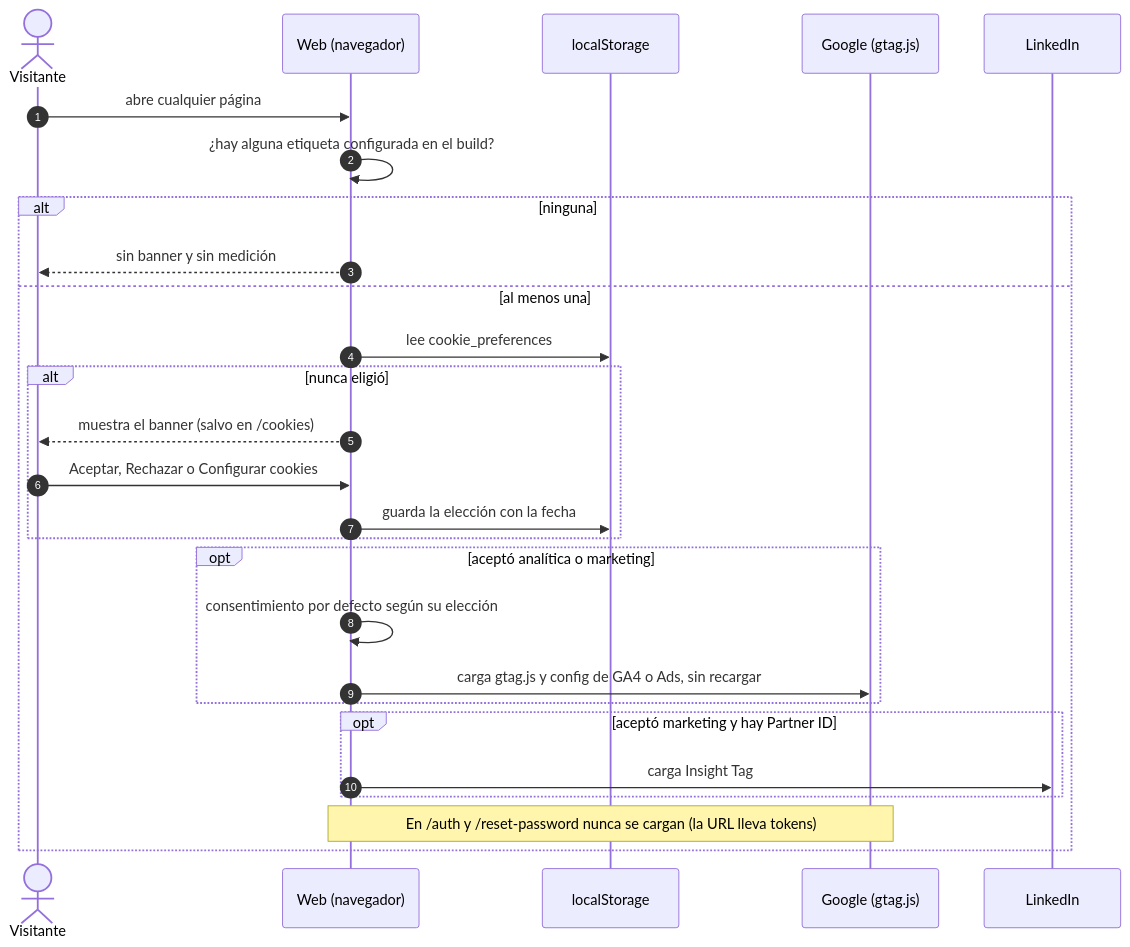
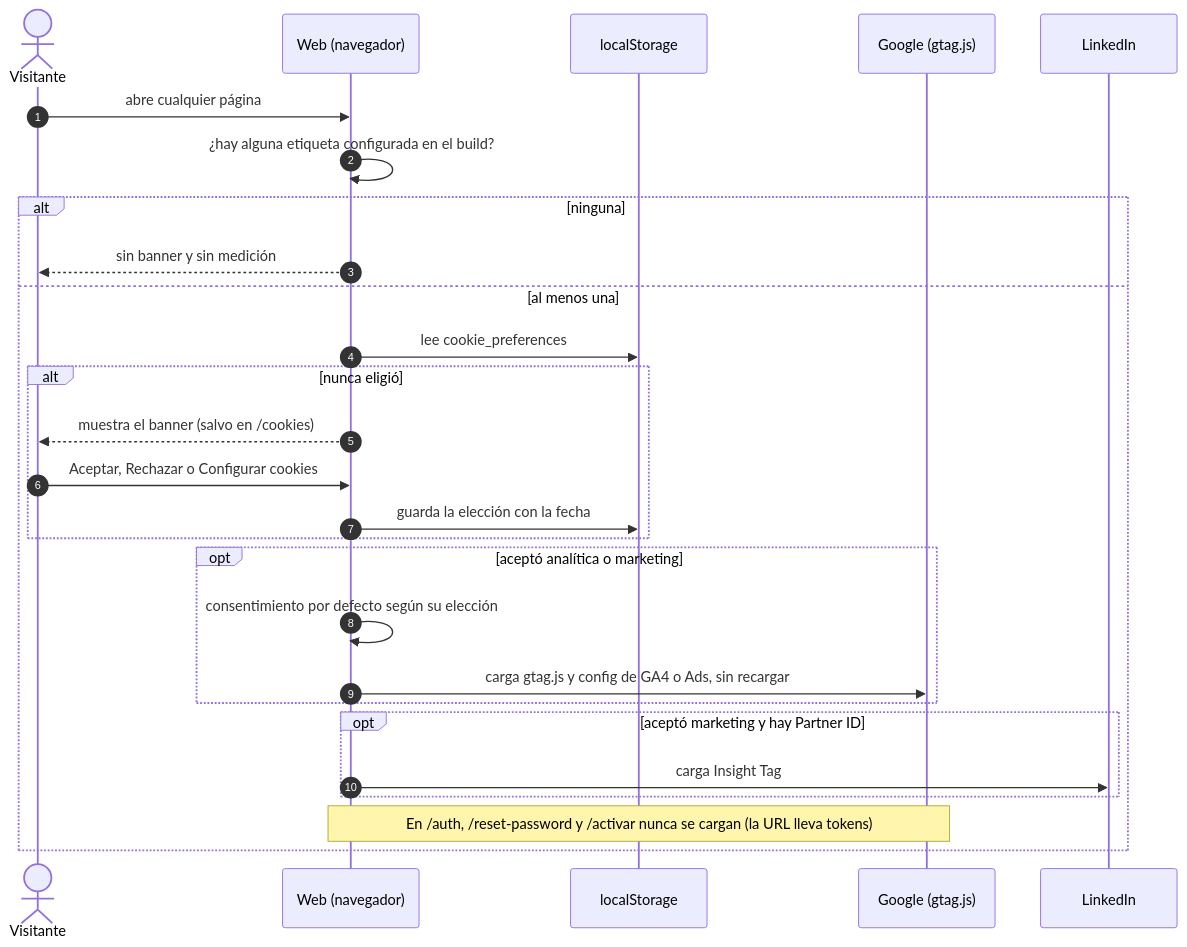
The second of 3 diagrams in docs/wiki/Doc-12-SEO-Analitica-y-Legal.md (ronalc90/koptup), drawn with Mermaid before and after one commit. The commit also changed 116 other files, not shown here.

````diff
--- a/docs/wiki/Doc-12-SEO-Analitica-y-Legal.md
+++ b/docs/wiki/Doc-12-SEO-Analitica-y-Legal.md
@@ -187,30 +187,30 @@
 ```mermaid
 sequenceDiagram
     autonumber
     actor V as Visitante
     participant W as Web (navegador)
     participant LS as localStorage
     participant G as Google (gtag.js)
     participant L as LinkedIn
 
     V->>W: abre cualquier página
     W->>W: ¿hay alguna etiqueta configurada en el build?
     alt ninguna
         W-->>V: sin banner y sin medición
     else al menos una
         W->>LS: lee cookie_preferences
         alt nunca eligió
             W-->>V: muestra el banner (salvo en /cookies)
             V->>W: Aceptar, Rechazar o Configurar cookies
             W->>LS: guarda la elección con la fecha
         end
         opt aceptó analítica o marketing
             W->>W: consentimiento por defecto según su elección
             W->>G: carga gtag.js y config de GA4 o Ads, sin recargar
         end
         opt aceptó marketing y hay Partner ID
             W->>L: carga Insight Tag
         end
-        Note over W,G: En /auth y /reset-password nunca se cargan (la URL lleva tokens)
+        Note over W,G: En /auth, /reset-password y /activar nunca se cargan (la URL lleva tokens)
     end
 ```
````
